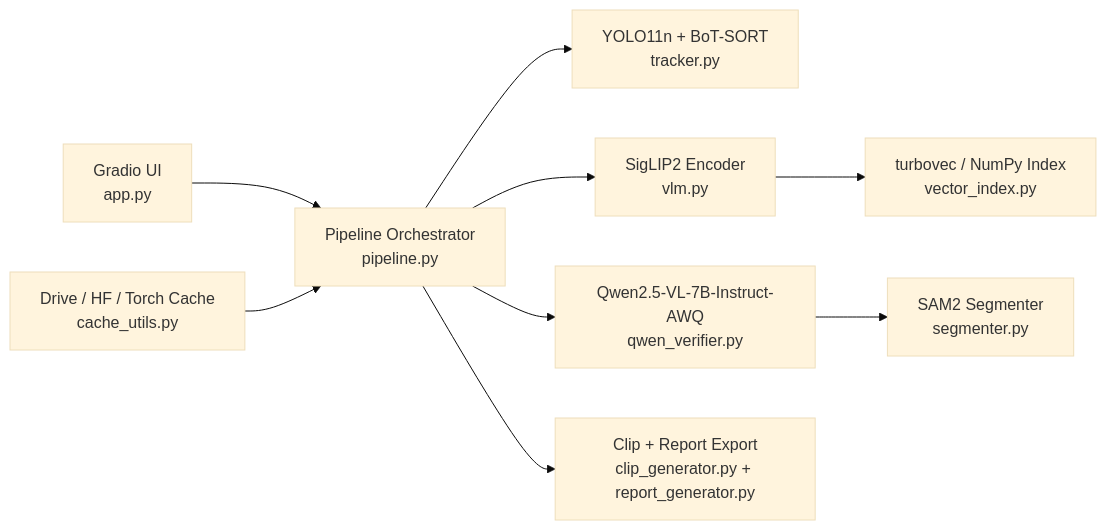
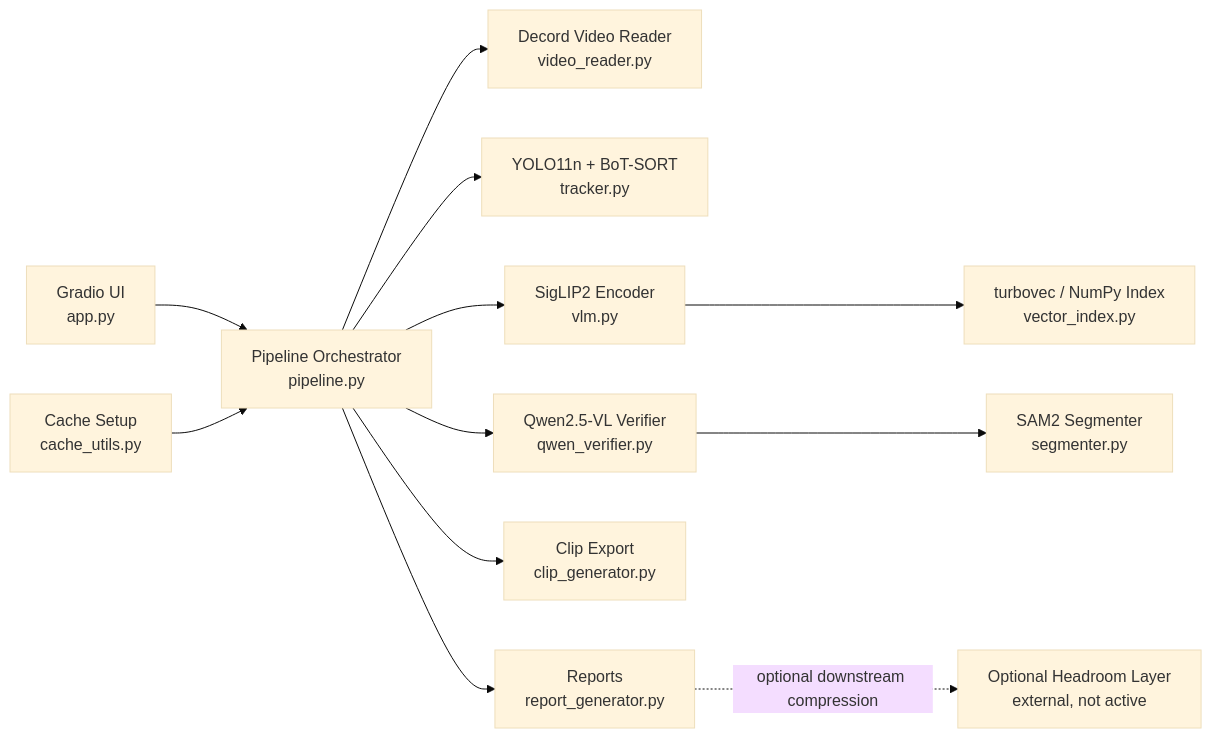
The first of 2 diagrams in PROJECT_DOCUMENTATION.md (priyansupattanaik/visionguard-ai), drawn with Mermaid (base theme) before and after one commit. The commit also changed other lines of this file and 3 other files, not shown here.

````diff
--- a/PROJECT_DOCUMENTATION.md
+++ b/PROJECT_DOCUMENTATION.md
@@ -150,21 +134,27 @@
 ```mermaid
 flowchart LR
     UI["Gradio UI<br/>app.py"]
     PIPE["Pipeline Orchestrator<br/>pipeline.py"]
+    READER["Decord Video Reader<br/>video_reader.py"]
     DET["YOLO11n + BoT-SORT<br/>tracker.py"]
     RET["SigLIP2 Encoder<br/>vlm.py"]
     IDX["turbovec / NumPy Index<br/>vector_index.py"]
-    QWEN["Qwen2.5-VL-7B-Instruct-AWQ<br/>qwen_verifier.py"]
+    QWEN["Qwen2.5-VL Verifier<br/>qwen_verifier.py"]
     SEG["SAM2 Segmenter<br/>segmenter.py"]
-    CLIP["Clip + Report Export<br/>clip_generator.py + report_generator.py"]
-    CACHE["Drive / HF / Torch Cache<br/>cache_utils.py"]
+    CLIP["Clip Export<br/>clip_generator.py"]
+    REP["Reports<br/>report_generator.py"]
+    CACHE["Cache Setup<br/>cache_utils.py"]
+    HR["Optional Headroom Layer<br/>external, not active"]
 
     UI --> PIPE
+    PIPE --> READER
     PIPE --> DET
     PIPE --> RET
     RET --> IDX
     PIPE --> QWEN
     QWEN --> SEG
     PIPE --> CLIP
+    PIPE --> REP
     CACHE --> PIPE
+    REP -. optional downstream compression .-> HR
 ```
````
